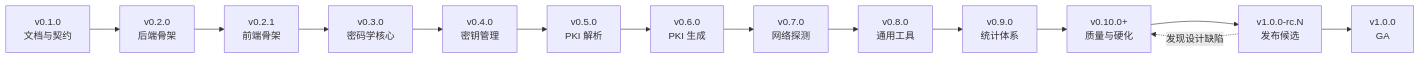
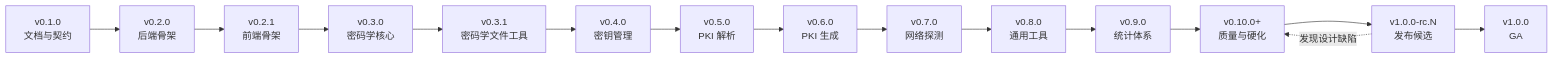
One commit to blue-cloud-net/Toolbit changed the diagram in docs/roadmap.md. Above: the diagram before and after it, drawn with Mermaid. The commit also changed other lines of this file and 3 other files, not shown here.

First line of the commit message:
docs(roadmap): 补齐 v0.3.0 任务清单并新增 v0.3.1

````diff
--- a/docs/roadmap.md
+++ b/docs/roadmap.md
@@ -82,16 +83,17 @@
 ```mermaid
 flowchart LR
   V1["v0.1.0<br/>文档与契约"] --> V2["v0.2.0<br/>后端骨架"]
   V2 --> V21["v0.2.1<br/>前端骨架"]
   V21 --> V3["v0.3.0<br/>密码学核心"]
-  V3 --> V4["v0.4.0<br/>密钥管理"]
+  V3 --> V31["v0.3.1<br/>密码学文件工具"]
+  V31 --> V4["v0.4.0<br/>密钥管理"]
   V4 --> V5["v0.5.0<br/>PKI 解析"]
   V5 --> V6["v0.6.0<br/>PKI 生成"]
   V6 --> V7["v0.7.0<br/>网络探测"]
   V7 --> V8["v0.8.0<br/>通用工具"]
   V8 --> V9["v0.9.0<br/>统计体系"]
   V9 --> V10["v0.10.0+<br/>质量与硬化"]
   V10 --> RC["v1.0.0-rc.N<br/>发布候选"]
   RC --> GA["v1.0.0<br/>GA"]
   RC -.->|发现设计缺陷| V10
 ```
````
